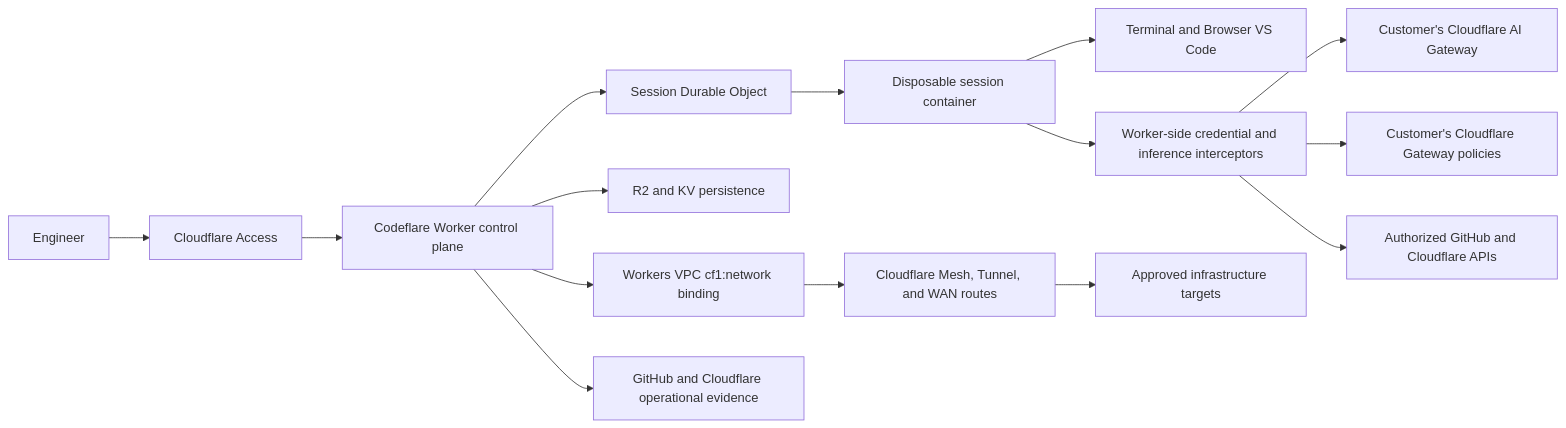
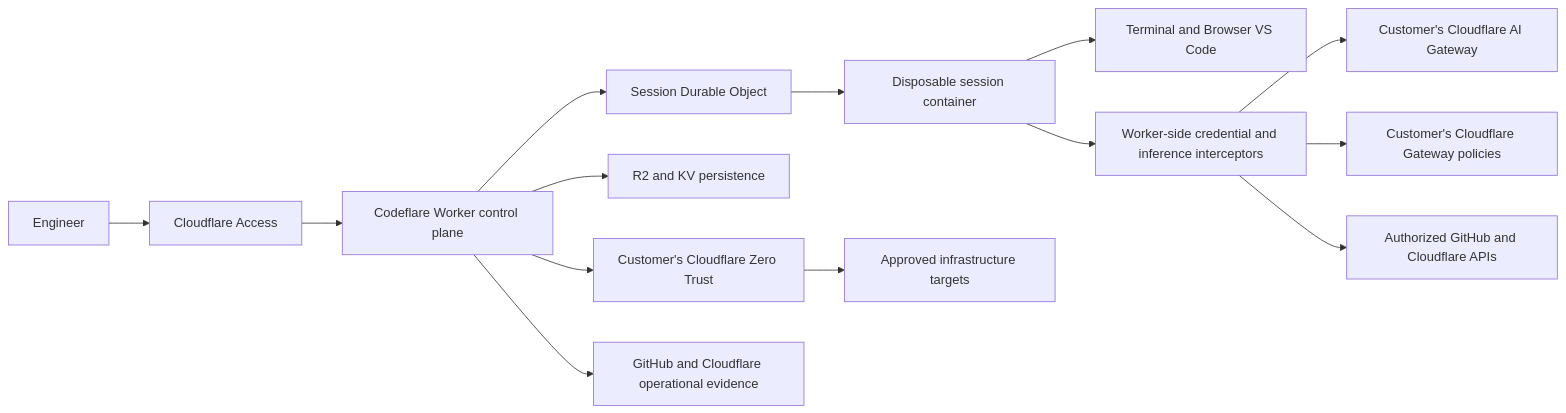
The diagram in README.md (nikolanovoselec/codeflare), drawn with Mermaid before and after one commit. The commit also changed other lines of this file, not shown here.

````diff
--- a/README.md
+++ b/README.md
@@ -160,17 +158,16 @@
 ```mermaid
 graph LR
     U[Engineer] --> A[Cloudflare Access]
     A --> W[Codeflare Worker control plane]
     W --> S[Session Durable Object]
     S --> C[Disposable session container]
     C --> T[Terminal and Browser VS Code]
     W --> D[R2 and KV persistence]
     C --> I[Worker-side credential and inference interceptors]
     I --> AI[Customer's Cloudflare AI Gateway]
     I --> GW[Customer's Cloudflare Gateway policies]
     I --> P[Authorized GitHub and Cloudflare APIs]
-    W --> V[Workers VPC cf1:network binding]
-    V --> M[Cloudflare Mesh, Tunnel, and WAN routes]
-    M --> H[Approved infrastructure targets]
+    W --> Z[Customer's Cloudflare Zero Trust]
+    Z --> H[Approved infrastructure targets]
     W --> E[GitHub and Cloudflare operational evidence]
 ```
````
